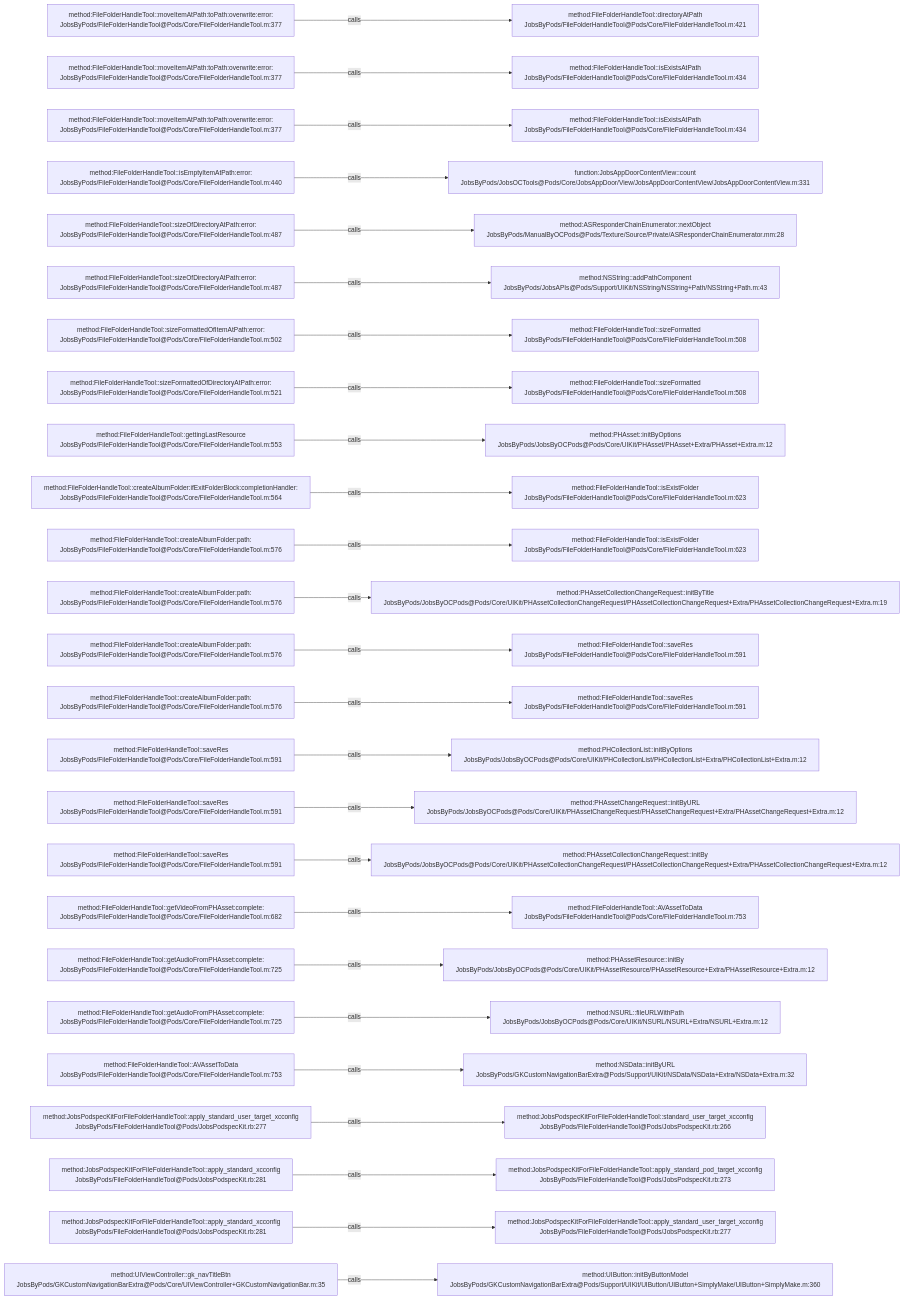
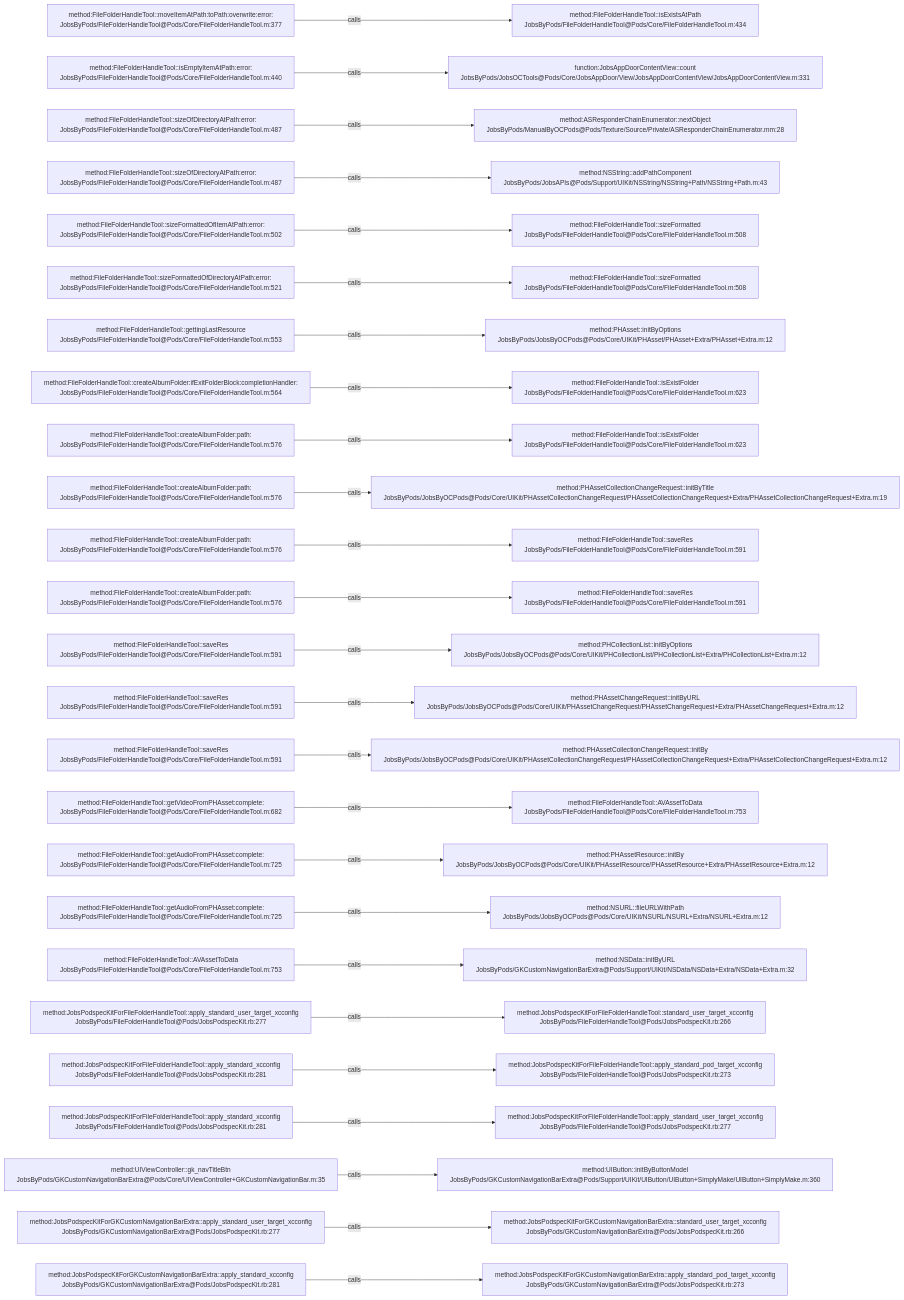
The diagram in .codegraph/codegraph.md/graphs/calls-003.md (JobsKits/JobsOCBaseConfigDemo), drawn with Mermaid before and after one commit. The commit also changed 1026 other files, not shown here.

````diff
--- a/.codegraph/codegraph.md/graphs/calls-003.md
+++ b/.codegraph/codegraph.md/graphs/calls-003.md
@@ -13,78 +13,78 @@
 ```mermaid
 flowchart LR
   S1["method:FileFolderHandleTool::moveItemAtPath:toPath:overwrite:error:<br/>JobsByPods/FileFolderHandleTool@Pods/Core/FileFolderHandleTool.m:377"]
-  T1["method:FileFolderHandleTool::directoryAtPath<br/>JobsByPods/FileFolderHandleTool@Pods/Core/FileFolderHandleTool.m:421"]
+  T1["method:FileFolderHandleTool::isExistsAtPath<br/>JobsByPods/FileFolderHandleTool@Pods/Core/FileFolderHandleTool.m:434"]
   S1 -->|calls| T1
-  S2["method:FileFolderHandleTool::moveItemAtPath:toPath:overwrite:error:<br/>JobsByPods/FileFolderHandleTool@Pods/Core/FileFolderHandleTool.m:377"]
-  T2["method:FileFolderHandleTool::isExistsAtPath<br/>JobsByPods/FileFolderHandleTool@Pods/Core/FileFolderHandleTool.m:434"]
+  S2["method:FileFolderHandleTool::isEmptyItemAtPath:error:<br/>JobsByPods/FileFolderHandleTool@Pods/Core/FileFolderHandleTool.m:440"]
+  T2["function:JobsAppDoorContentView::count<br/>JobsByPods/JobsOCTools@Pods/Core/JobsAppDoor/View/JobsAppDoorContentView/JobsAppDoorContentView.m:331"]
   S2 -->|calls| T2
-  S3["method:FileFolderHandleTool::moveItemAtPath:toPath:overwrite:error:<br/>JobsByPods/FileFolderHandleTool@Pods/Core/FileFolderHandleTool.m:377"]
-  T3["method:FileFolderHandleTool::isExistsAtPath<br/>JobsByPods/FileFolderHandleTool@Pods/Core/FileFolderHandleTool.m:434"]
+  S3["method:FileFolderHandleTool::sizeOfDirectoryAtPath:error:<br/>JobsByPods/FileFolderHandleTool@Pods/Core/FileFolderHandleTool.m:487"]
+  T3["method:ASResponderChainEnumerator::nextObject<br/>JobsByPods/ManualByOCPods@Pods/Texture/Source/Private/ASResponderChainEnumerator.mm:28"]
   S3 -->|calls| T3
-  S4["method:FileFolderHandleTool::isEmptyItemAtPath:error:<br/>JobsByPods/FileFolderHandleTool@Pods/Core/FileFolderHandleTool.m:440"]
-  T4["function:JobsAppDoorContentView::count<br/>JobsByPods/JobsOCTools@Pods/Core/JobsAppDoor/View/JobsAppDoorContentView/JobsAppDoorContentView.m:331"]
+  S4["method:FileFolderHandleTool::sizeOfDirectoryAtPath:error:<br/>JobsByPods/FileFolderHandleTool@Pods/Core/FileFolderHandleTool.m:487"]
+  T4["method:NSString::addPathComponent<br/>JobsByPods/JobsAPIs@Pods/Support/UIKit/NSString/NSString+Path/NSString+Path.m:43"]
   S4 -->|calls| T4
-  S5["method:FileFolderHandleTool::sizeOfDirectoryAtPath:error:<br/>JobsByPods/FileFolderHandleTool@Pods/Core/FileFolderHandleTool.m:487"]
-  T5["method:ASResponderChainEnumerator::nextObject<br/>JobsByPods/ManualByOCPods@Pods/Texture/Source/Private/ASResponderChainEnumerator.mm:28"]
+  S5["method:FileFolderHandleTool::sizeFormattedOfItemAtPath:error:<br/>JobsByPods/FileFolderHandleTool@Pods/Core/FileFolderHandleTool.m:502"]
+  T5["method:FileFolderHandleTool::sizeFormatted<br/>JobsByPods/FileFolderHandleTool@Pods/Core/FileFolderHandleTool.m:508"]
   S5 -->|calls| T5
-  S6["method:FileFolderHandleTool::sizeOfDirectoryAtPath:error:<br/>JobsByPods/FileFolderHandleTool@Pods/Core/FileFolderHandleTool.m:487"]
-  T6["method:NSString::addPathComponent<br/>JobsByPods/JobsAPIs@Pods/Support/UIKit/NSString/NSString+Path/NSString+Path.m:43"]
+  S6["method:FileFolderHandleTool::sizeFormattedOfDirectoryAtPath:error:<br/>JobsByPods/FileFolderHandleTool@Pods/Core/FileFolderHandleTool.m:521"]
+  T6["method:FileFolderHandleTool::sizeFormatted<br/>JobsByPods/FileFolderHandleTool@Pods/Core/FileFolderHandleTool.m:508"]
   S6 -->|calls| T6
-  S7["method:FileFolderHandleTool::sizeFormattedOfItemAtPath:error:<br/>JobsByPods/FileFolderHandleTool@Pods/Core/FileFolderHandleTool.m:502"]
-  T7["method:FileFolderHandleTool::sizeFormatted<br/>JobsByPods/FileFolderHandleTool@Pods/Core/FileFolderHandleTool.m:508"]
+  S7["method:FileFolderHandleTool::gettingLastResource<br/>JobsByPods/FileFolderHandleTool@Pods/Core/FileFolderHandleTool.m:553"]
+  T7["method:PHAsset::initByOptions<br/>JobsByPods/JobsByOCPods@Pods/Core/UIKit/PHAsset/PHAsset+Extra/PHAsset+Extra.m:12"]
   S7 -->|calls| T7
-  S8["method:FileFolderHandleTool::sizeFormattedOfDirectoryAtPath:error:<br/>JobsByPods/FileFolderHandleTool@Pods/Core/FileFolderHandleTool.m:521"]
-  T8["method:FileFolderHandleTool::sizeFormatted<br/>JobsByPods/FileFolderHandleTool@Pods/Core/FileFolderHandleTool.m:508"]
+  S8["method:FileFolderHandleTool::createAlbumFolder:ifExitFolderBlock:completionHandler:<br/>JobsByPods/FileFolderHandleTool@Pods/Core/FileFolderHandleTool.m:564"]
+  T8["method:FileFolderHandleTool::isExistFolder<br/>JobsByPods/FileFolderHandleTool@Pods/Core/FileFolderHandleTool.m:623"]
   S8 -->|calls| T8
-  S9["method:FileFolderHandleTool::gettingLastResource<br/>JobsByPods/FileFolderHandleTool@Pods/Core/FileFolderHandleTool.m:553"]
-  T9["method:PHAsset::initByOptions<br/>JobsByPods/JobsByOCPods@Pods/Core/UIKit/PHAsset/PHAsset+Extra/PHAsset+Extra.m:12"]
+  S9["method:FileFolderHandleTool::createAlbumFolder:path:<br/>JobsByPods/FileFolderHandleTool@Pods/Core/FileFolderHandleTool.m:576"]
+  T9["method:FileFolderHandleTool::isExistFolder<br/>JobsByPods/FileFolderHandleTool@Pods/Core/FileFolderHandleTool.m:623"]
   S9 -->|calls| T9
-  S10["method:FileFolderHandleTool::createAlbumFolder:ifExitFolderBlock:completionHandler:<br/>JobsByPods/FileFolderHandleTool@Pods/Core/FileFolderHandleTool.m:564"]
-  T10["method:FileFolderHandleTool::isExistFolder<br/>JobsByPods/FileFolderHandleTool@Pods/Core/FileFolderHandleTool.m:623"]
+  S10["method:FileFolderHandleTool::createAlbumFolder:path:<br/>JobsByPods/FileFolderHandleTool@Pods/Core/FileFolderHandleTool.m:576"]
+  T10["method:PHAssetCollectionChangeRequest::initByTitle<br/>JobsByPods/JobsByOCPods@Pods/Core/UIKit/PHAssetCollectionChangeRequest/PHAssetCollectionChangeRequest+Extra/PHAssetCollectionChangeRequest+Extra.m:19"]
   S10 -->|calls| T10
   S11["method:FileFolderHandleTool::createAlbumFolder:path:<br/>JobsByPods/FileFolderHandleTool@Pods/Core/FileFolderHandleTool.m:576"]
-  T11["method:FileFolderHandleTool::isExistFolder<br/>JobsByPods/FileFolderHandleTool@Pods/Core/FileFolderHandleTool.m:623"]
+  T11["method:FileFolderHandleTool::saveRes<br/>JobsByPods/FileFolderHandleTool@Pods/Core/FileFolderHandleTool.m:591"]
   S11 -->|calls| T11
   S12["method:FileFolderHandleTool::createAlbumFolder:path:<br/>JobsByPods/FileFolderHandleTool@Pods/Core/FileFolderHandleTool.m:576"]
-  T12["method:PHAssetCollectionChangeRequest::initByTitle<br/>JobsByPods/JobsByOCPods@Pods/Core/UIKit/PHAssetCollectionChangeRequest/PHAssetCollectionChangeRequest+Extra/PHAssetCollectionChangeRequest+Extra.m:19"]
+  T12["method:FileFolderHandleTool::saveRes<br/>JobsByPods/FileFolderHandleTool@Pods/Core/FileFolderHandleTool.m:591"]
   S12 -->|calls| T12
-  S13["method:FileFolderHandleTool::createAlbumFolder:path:<br/>JobsByPods/FileFolderHandleTool@Pods/Core/FileFolderHandleTool.m:576"]
-  T13["method:FileFolderHandleTool::saveRes<br/>JobsByPods/FileFolderHandleTool@Pods/Core/FileFolderHandleTool.m:591"]
+  S13["method:FileFolderHandleTool::saveRes<br/>JobsByPods/FileFolderHandleTool@Pods/Core/FileFolderHandleTool.m:591"]
+  T13["method:PHCollectionList::initByOptions<br/>JobsByPods/JobsByOCPods@Pods/Core/UIKit/PHCollectionList/PHCollectionList+Extra/PHCollectionList+Extra.m:12"]
   S13 -->|calls| T13
-  S14["method:FileFolderHandleTool::createAlbumFolder:path:<br/>JobsByPods/FileFolderHandleTool@Pods/Core/FileFolderHandleTool.m:576"]
-  T14["method:FileFolderHandleTool::saveRes<br/>JobsByPods/FileFolderHandleTool@Pods/Core/FileFolderHandleTool.m:591"]
+  S14["method:FileFolderHandleTool::saveRes<br/>JobsByPods/FileFolderHandleTool@Pods/Core/FileFolderHandleTool.m:591"]
+  T14["method:PHAssetChangeRequest::initByURL<br/>JobsByPods/JobsByOCPods@Pods/Core/UIKit/PHAssetChangeRequest/PHAssetChangeRequest+Extra/PHAssetChangeRequest+Extra.m:12"]
   S14 -->|calls| T14
   S15["method:FileFolderHandleTool::saveRes<br/>JobsByPods/FileFolderHandleTool@Pods/Core/FileFolderHandleTool.m:591"]
-  T15["method:PHCollectionList::initByOptions<br/>JobsByPods/JobsByOCPods@Pods/Core/UIKit/PHCollectionList/PHCollectionList+Extra/PHCollectionList+Extra.m:12"]
+  T15["method:PHAssetCollectionChangeRequest::initBy<br/>JobsByPods/JobsByOCPods@Pods/Core/UIKit/PHAssetCollectionChangeRequest/PHAssetCollectionChangeRequest+Extra/PHAssetCollectionChangeRequest+Extra.m:12"]
   S15 -->|calls| T15
-  S16["method:FileFolderHandleTool::saveRes<br/>JobsByPods/FileFolderHandleTool@Pods/Core/FileFolderHandleTool.m:591"]
-  T16["method:PHAssetChangeRequest::initByURL<br/>JobsByPods/JobsByOCPods@Pods/Core/UIKit/PHAssetChangeRequest/PHAssetChangeRequest+Extra/PHAssetChangeRequest+Extra.m:12"]
+  S16["method:FileFolderHandleTool::getVideoFromPHAsset:complete:<br/>JobsByPods/FileFolderHandleTool@Pods/Core/FileFolderHandleTool.m:682"]
+  T16["method:FileFolderHandleTool::AVAssetToData<br/>JobsByPods/FileFolderHandleTool@Pods/Core/FileFolderHandleTool.m:753"]
   S16 -->|calls| T16
-  S17["method:FileFolderHandleTool::saveRes<br/>JobsByPods/FileFolderHandleTool@Pods/Core/FileFolderHandleTool.m:591"]
-  T17["method:PHAssetCollectionChangeRequest::initBy<br/>JobsByPods/JobsByOCPods@Pods/Core/UIKit/PHAssetCollectionChangeRequest/PHAssetCollectionChangeRequest+Extra/PHAssetCollectionChangeRequest+Extra.m:12"]
+  S17["method:FileFolderHandleTool::getAudioFromPHAsset:complete:<br/>JobsByPods/FileFolderHandleTool@Pods/Core/FileFolderHandleTool.m:725"]
+  T17["method:PHAssetResource::initBy<br/>JobsByPods/JobsByOCPods@Pods/Core/UIKit/PHAssetResource/PHAssetResource+Extra/PHAssetResource+Extra.m:12"]
   S17 -->|calls| T17
-  S18["method:FileFolderHandleTool::getVideoFromPHAsset:complete:<br/>JobsByPods/FileFolderHandleTool@Pods/Core/FileFolderHandleTool.m:682"]
-  T18["method:FileFolderHandleTool::AVAssetToData<br/>JobsByPods/FileFolderHandleTool@Pods/Core/FileFolderHandleTool.m:753"]
+  S18["method:FileFolderHandleTool::getAudioFromPHAsset:complete:<br/>JobsByPods/FileFolderHandleTool@Pods/Core/FileFolderHandleTool.m:725"]
+  T18["method:NSURL::fileURLWithPath<br/>JobsByPods/JobsByOCPods@Pods/Core/UIKit/NSURL/NSURL+Extra/NSURL+Extra.m:12"]
   S18 -->|calls| T18
-  S19["method:FileFolderHandleTool::getAudioFromPHAsset:complete:<br/>JobsByPods/FileFolderHandleTool@Pods/Core/FileFolderHandleTool.m:725"]
-  T19["method:PHAssetResource::initBy<br/>JobsByPods/JobsByOCPods@Pods/Core/UIKit/PHAssetResource/PHAssetResource+Extra/PHAssetResource+Extra.m:12"]
+  S19["method:FileFolderHandleTool::AVAssetToData<br/>JobsByPods/FileFolderHandleTool@Pods/Core/FileFolderHandleTool.m:753"]
+  T19["method:NSData::initByURL<br/>JobsByPods/GKCustomNavigationBarExtra@Pods/Support/UIKit/NSData/NSData+Extra/NSData+Extra.m:32"]
   S19 -->|calls| T19
-  S20["method:FileFolderHandleTool::getAudioFromPHAsset:complete:<br/>JobsByPods/FileFolderHandleTool@Pods/Core/FileFolderHandleTool.m:725"]
-  T20["method:NSURL::fileURLWithPath<br/>JobsByPods/JobsByOCPods@Pods/Core/UIKit/NSURL/NSURL+Extra/NSURL+Extra.m:12"]
+  S20["method:JobsPodspecKitForFileFolderHandleTool::apply_standard_user_target_xcconfig<br/>JobsByPods/FileFolderHandleTool@Pods/JobsPodspecKit.rb:277"]
+  T20["method:JobsPodspecKitForFileFolderHandleTool::standard_user_target_xcconfig<br/>JobsByPods/FileFolderHandleTool@Pods/JobsPodspecKit.rb:266"]
   S20 -->|calls| T20
-  S21["method:FileFolderHandleTool::AVAssetToData<br/>JobsByPods/FileFolderHandleTool@Pods/Core/FileFolderHandleTool.m:753"]
-  T21["method:NSData::initByURL<br/>JobsByPods/GKCustomNavigationBarExtra@Pods/Support/UIKit/NSData/NSData+Extra/NSData+Extra.m:32"]
+  S21["method:JobsPodspecKitForFileFolderHandleTool::apply_standard_xcconfig<br/>JobsByPods/FileFolderHandleTool@Pods/JobsPodspecKit.rb:281"]
+  T21["method:JobsPodspecKitForFileFolderHandleTool::apply_standard_pod_target_xcconfig<br/>JobsByPods/FileFolderHandleTool@Pods/JobsPodspecKit.rb:273"]
   S21 -->|calls| T21
-  S22["method:JobsPodspecKitForFileFolderHandleTool::apply_standard_user_target_xcconfig<br/>JobsByPods/FileFolderHandleTool@Pods/JobsPodspecKit.rb:277"]
-  T22["method:JobsPodspecKitForFileFolderHandleTool::standard_user_target_xcconfig<br/>JobsByPods/FileFolderHandleTool@Pods/JobsPodspecKit.rb:266"]
+  S22["method:JobsPodspecKitForFileFolderHandleTool::apply_standard_xcconfig<br/>JobsByPods/FileFolderHandleTool@Pods/JobsPodspecKit.rb:281"]
+  T22["method:JobsPodspecKitForFileFolderHandleTool::apply_standard_user_target_xcconfig<br/>JobsByPods/FileFolderHandleTool@Pods/JobsPodspecKit.rb:277"]
   S22 -->|calls| T22
-  S23["method:JobsPodspecKitForFileFolderHandleTool::apply_standard_xcconfig<br/>JobsByPods/FileFolderHandleTool@Pods/JobsPodspecKit.rb:281"]
-  T23["method:JobsPodspecKitForFileFolderHandleTool::apply_standard_pod_target_xcconfig<br/>JobsByPods/FileFolderHandleTool@Pods/JobsPodspecKit.rb:273"]
+  S23["method:UIViewController::gk_navTitleBtn<br/>JobsByPods/GKCustomNavigationBarExtra@Pods/Core/UIViewController+GKCustomNavigationBar.m:35"]
+  T23["method:UIButton::initByButtonModel<br/>JobsByPods/GKCustomNavigationBarExtra@Pods/Support/UIKit/UIButton/UIButton+SimplyMake/UIButton+SimplyMake.m:360"]
   S23 -->|calls| T23
-  S24["method:JobsPodspecKitForFileFolderHandleTool::apply_standard_xcconfig<br/>JobsByPods/FileFolderHandleTool@Pods/JobsPodspecKit.rb:281"]
-  T24["method:JobsPodspecKitForFileFolderHandleTool::apply_standard_user_target_xcconfig<br/>JobsByPods/FileFolderHandleTool@Pods/JobsPodspecKit.rb:277"]
+  S24["method:JobsPodspecKitForGKCustomNavigationBarExtra::apply_standard_user_target_xcconfig<br/>JobsByPods/GKCustomNavigationBarExtra@Pods/JobsPodspecKit.rb:277"]
+  T24["method:JobsPodspecKitForGKCustomNavigationBarExtra::standard_user_target_xcconfig<br/>JobsByPods/GKCustomNavigationBarExtra@Pods/JobsPodspecKit.rb:266"]
   S24 -->|calls| T24
-  S25["method:UIViewController::gk_navTitleBtn<br/>JobsByPods/GKCustomNavigationBarExtra@Pods/Core/UIViewController+GKCustomNavigationBar.m:35"]
-  T25["method:UIButton::initByButtonModel<br/>JobsByPods/GKCustomNavigationBarExtra@Pods/Support/UIKit/UIButton/UIButton+SimplyMake/UIButton+SimplyMake.m:360"]
+  S25["method:JobsPodspecKitForGKCustomNavigationBarExtra::apply_standard_xcconfig<br/>JobsByPods/GKCustomNavigationBarExtra@Pods/JobsPodspecKit.rb:281"]
+  T25["method:JobsPodspecKitForGKCustomNavigationBarExtra::apply_standard_pod_target_xcconfig<br/>JobsByPods/GKCustomNavigationBarExtra@Pods/JobsPodspecKit.rb:273"]
   S25 -->|calls| T25
 ```
````
